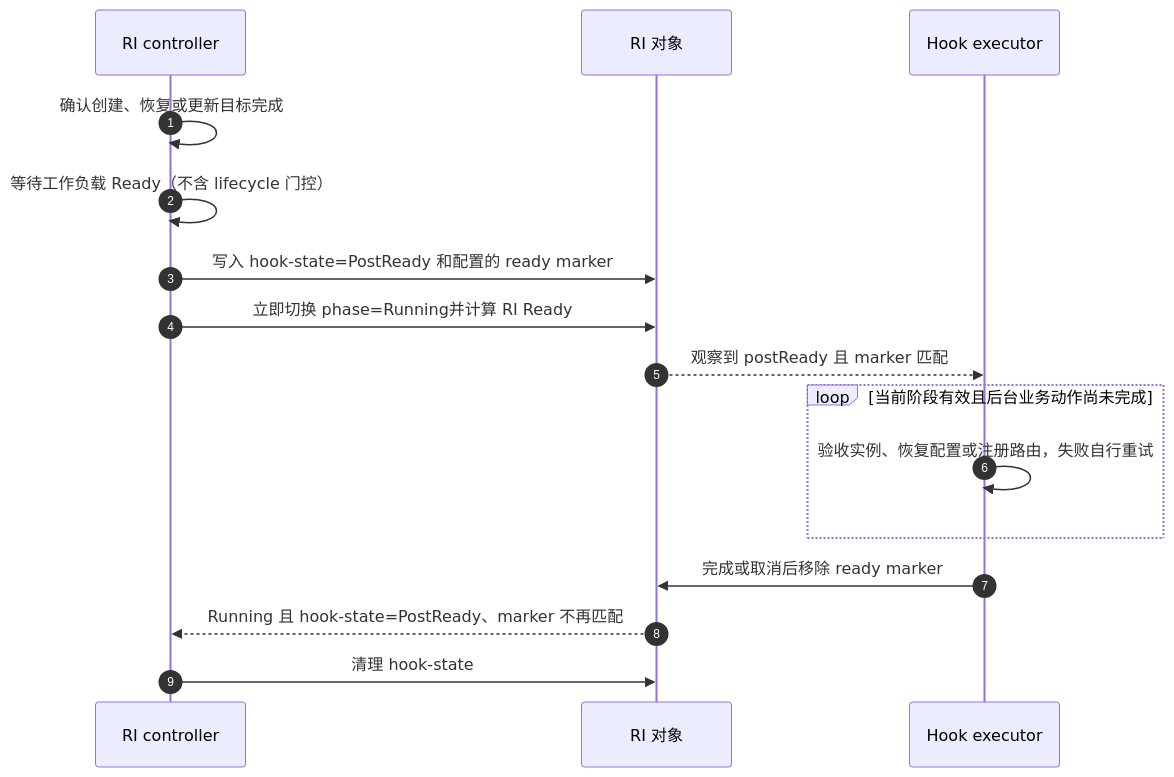
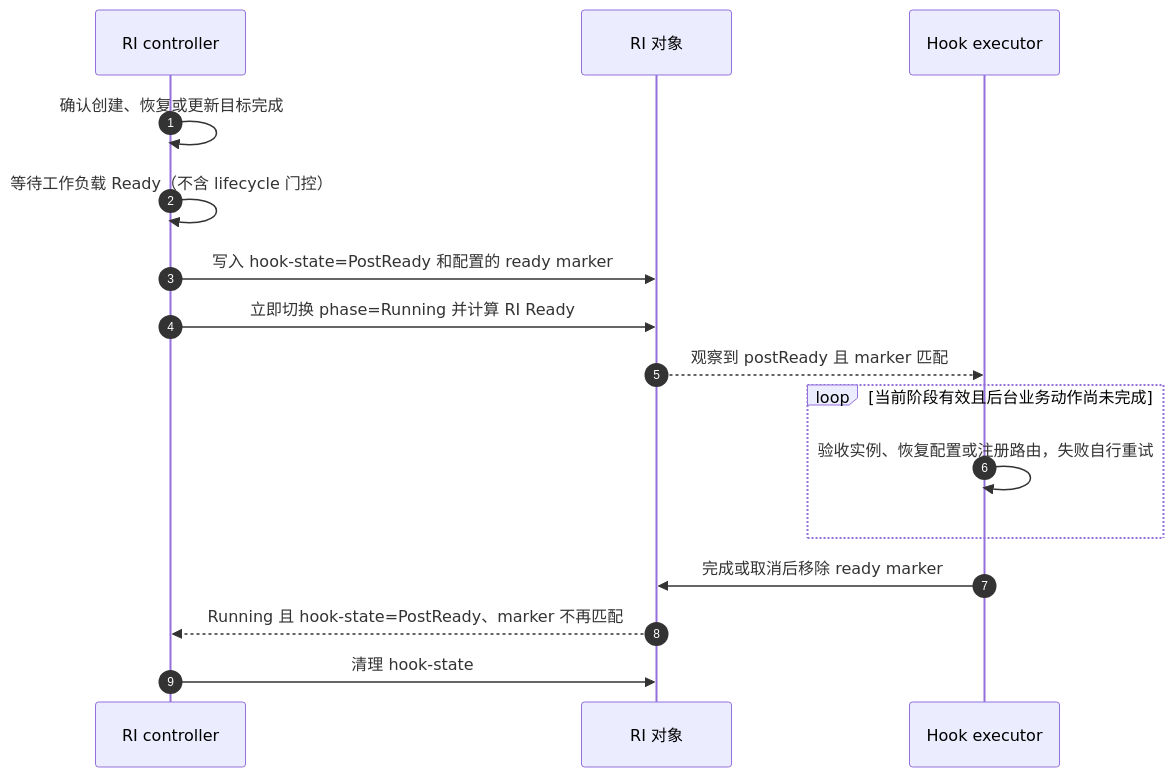
One commit to sgl-project/rbg changed the third of 4 diagrams in keps/527-roleinstance-lifecycle/README.zh-CN.md. Above: the diagram before and after it, drawn with Mermaid. The commit also changed other lines of this file and 1 other file, not shown here.

````diff
--- a/keps/527-roleinstance-lifecycle/README.zh-CN.md
+++ b/keps/527-roleinstance-lifecycle/README.zh-CN.md
@@ -461,18 +464,18 @@
 ```mermaid
 sequenceDiagram
     autonumber
     participant C as RI controller
     participant R as RI 对象
     participant E as Hook executor
     C->>C: 确认创建、恢复或更新目标完成
     C->>C: 等待工作负载 Ready（不含 lifecycle 门控）
     C->>R: 写入 hook-state=PostReady 和配置的 ready marker
-    C->>R: 立即切换 phase=Running并计算 RI Ready
+    C->>R: 立即切换 phase=Running 并计算 RI Ready
     R-->>E: 观察到 postReady 且 marker 匹配
     loop 当前阶段有效且后台业务动作尚未完成
         E->>E: 验收实例、恢复配置或注册路由，失败自行重试
     end
     E->>R: 完成或取消后移除 ready marker
     R-->>C: Running 且 hook-state=PostReady、marker 不再匹配
     C->>R: 清理 hook-state
 ```
````
